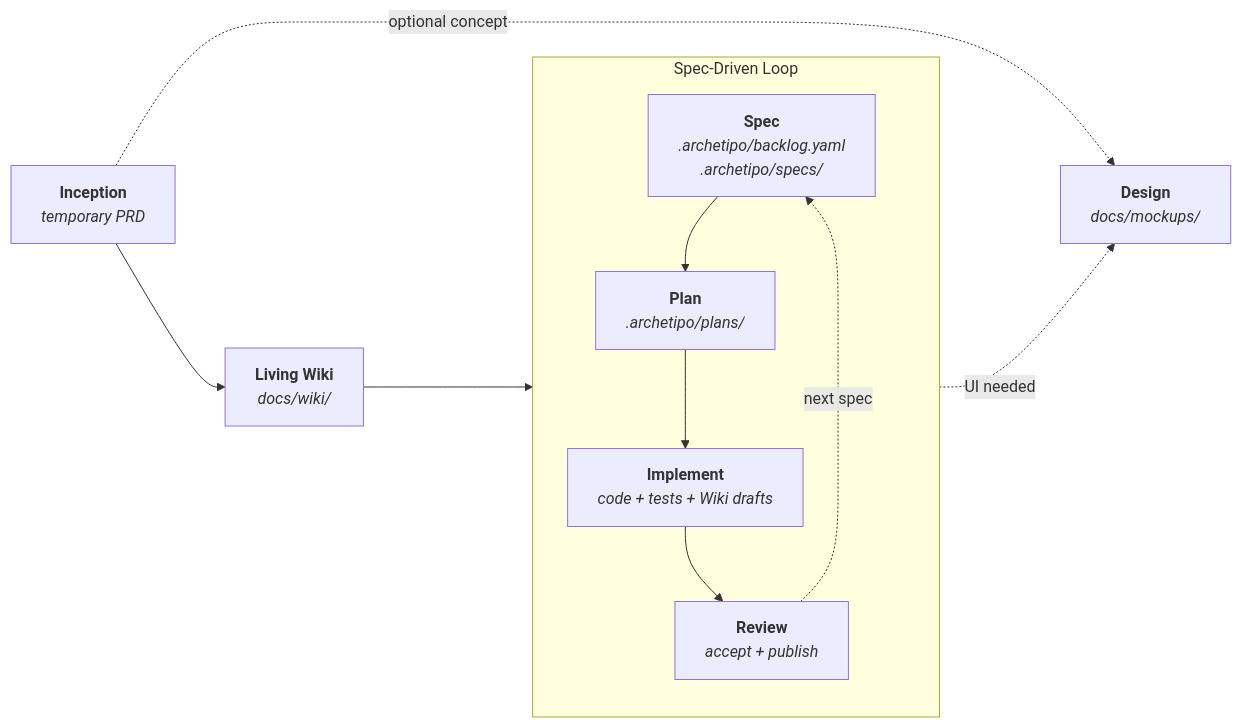
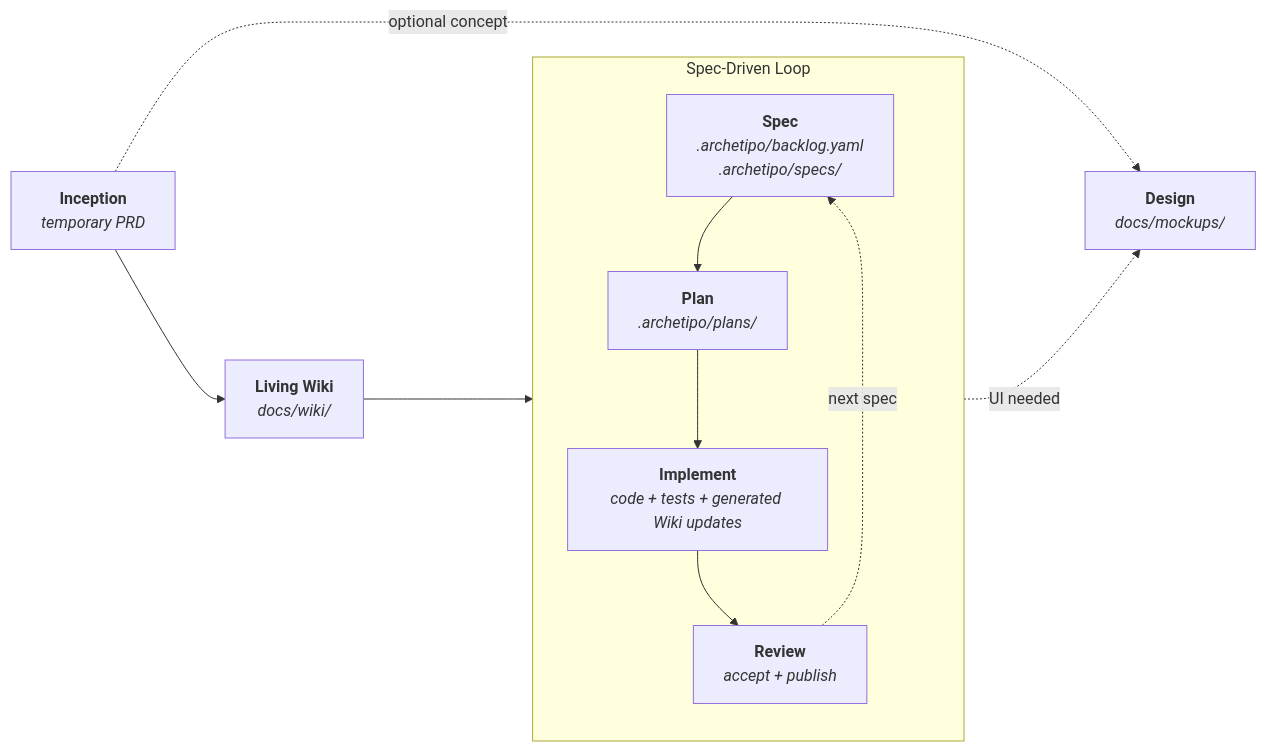
The diagram in README.md (techreloaded-ar/ARchetipo), drawn with Mermaid before and after one commit. The commit also changed other lines of this file and 21 other files, not shown here.

Commit message:
feat(wiki): bootstrap DDD code maps

````diff
--- a/README.md
+++ b/README.md
@@ -83,16 +83,16 @@
 ```mermaid
 flowchart LR
     I["<b>Inception</b><br/><i>temporary PRD</i>"] --> W["<b>Living Wiki</b><br/><i>docs/wiki/</i>"]
     W --> S
     I -. optional concept .-> D["<b>Design</b><br/><i>docs/mockups/</i>"]
 
     subgraph Loop["Spec-Driven Loop"]
         direction TB
         S["<b>Spec</b><br/><i>.archetipo/backlog.yaml<br/>.archetipo/specs/</i>"] --> P["<b>Plan</b><br/><i>.archetipo/plans/</i>"]
-        P --> IM["<b>Implement</b><br/><i>code + tests + Wiki drafts</i>"]
+        P --> IM["<b>Implement</b><br/><i>code + tests + generated Wiki updates</i>"]
         IM --> R["<b>Review</b><br/><i>accept + publish</i>"]
         R -. next spec .-> S
     end
 
     P -. UI needed .-> D
 ```
````
